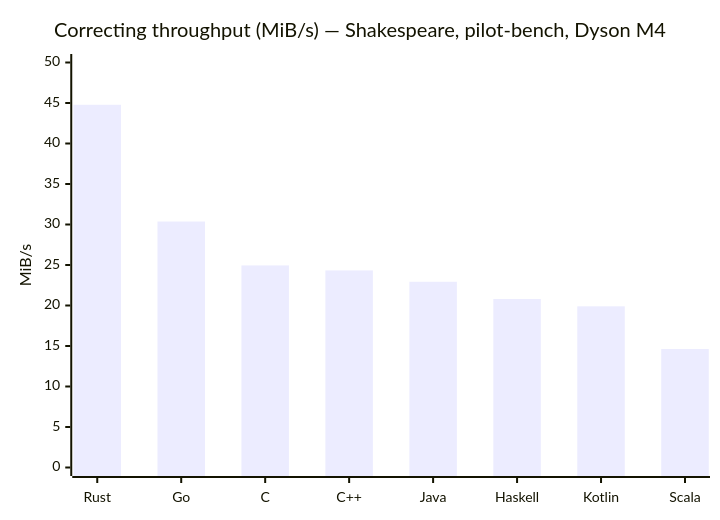
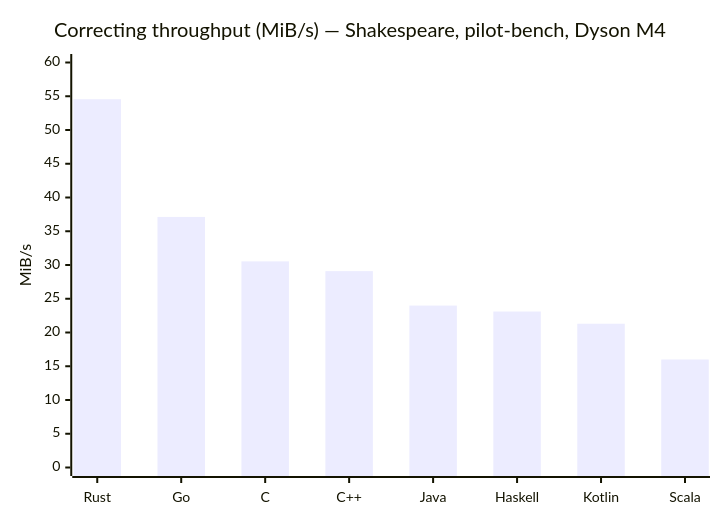
One commit to darrelllong/Delta-Compression changed the fourth of 12 diagrams in ANALYSIS.md. Above: the diagram before and after it, drawn with Mermaid. The commit also changed other lines of this file, not shown here.

Commit message:
analysis: refresh benchmark tables and charts

````diff
--- a/ANALYSIS.md
+++ b/ANALYSIS.md
@@ -392,7 +385,7 @@
 ```mermaid
 xychart-beta
     title "Correcting throughput (MiB/s) — Shakespeare, pilot-bench, Dyson M4"
     x-axis ["Rust", "Go", "C", "C++", "Java", "Haskell", "Kotlin", "Scala"]
-    y-axis "MiB/s" 0 --> 50
-    bar [44.78, 30.37, 24.95, 24.33, 22.93, 20.80, 19.90, 14.63]
+    y-axis "MiB/s" 0 --> 60
+    bar [54.56, 37.12, 30.54, 29.09, 23.99, 23.11, 21.30, 16.00]
 ```
````
